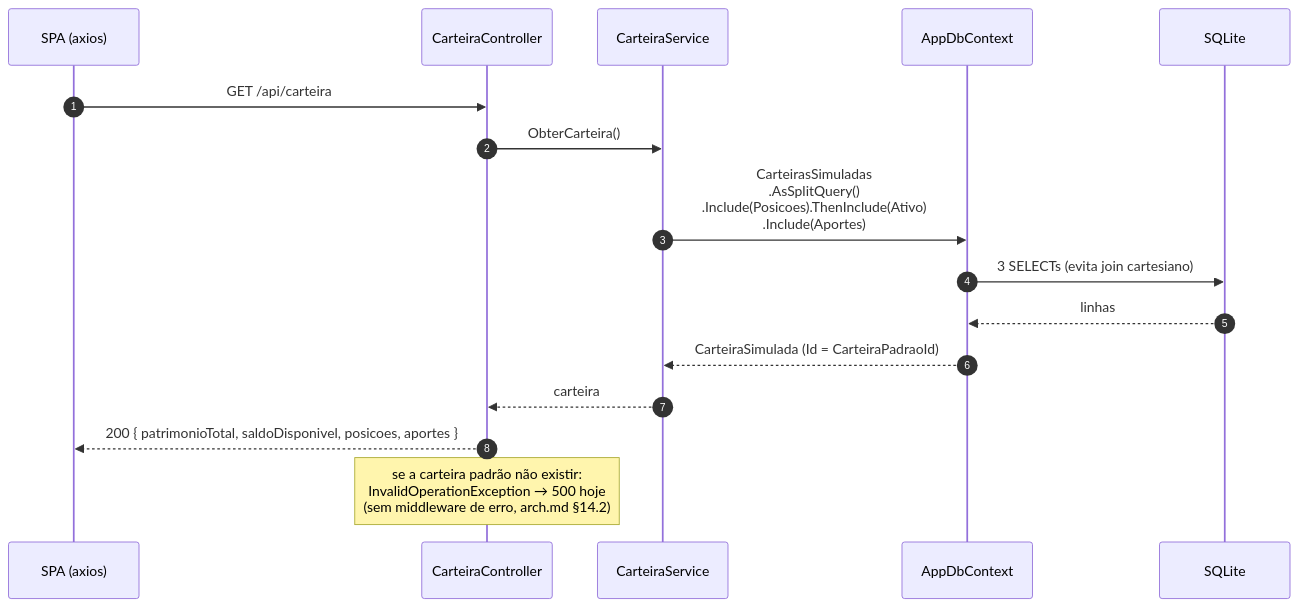
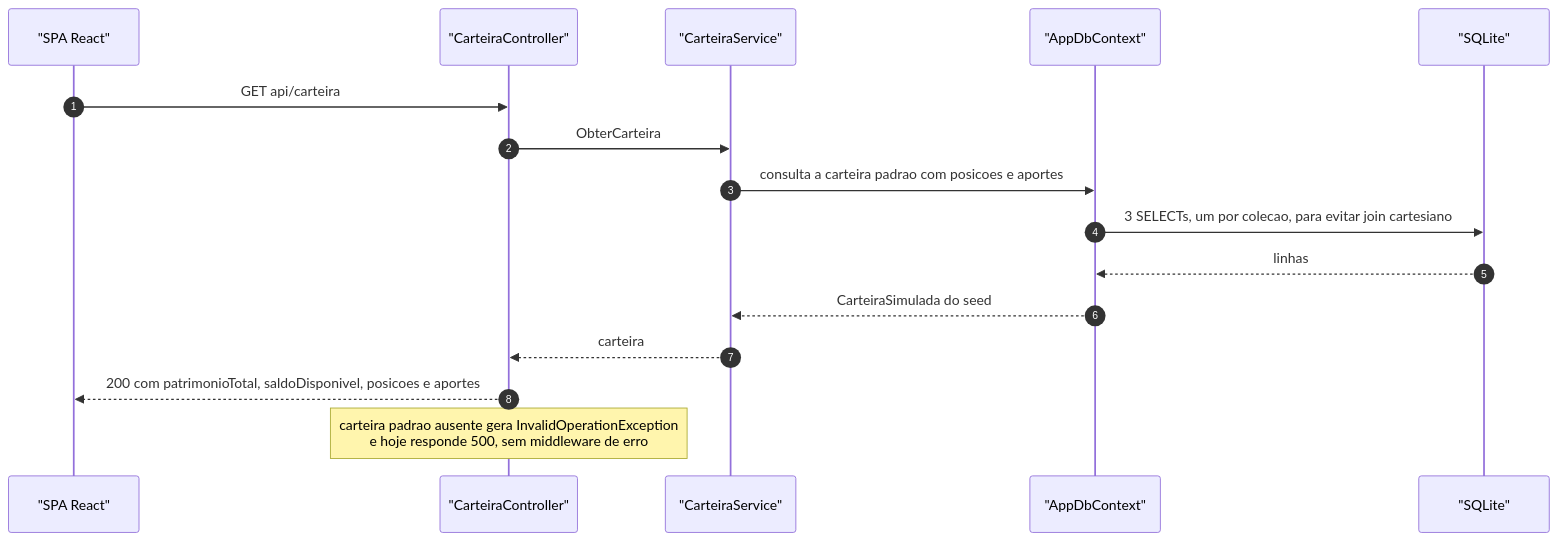
Before and after one commit to Carlos-Florenzano/Portfy: the fourth of 8 diagrams in docs/diagrama.md, drawn with Mermaid. The commit also changed other lines of this file, not shown here.

Commit message:
Ajustes do diagrama.md base

````diff
--- a/docs/diagrama.md
+++ b/docs/diagrama.md
@@ -168,19 +170,19 @@
 ```mermaid
 sequenceDiagram
     autonumber
-    participant SPA as SPA (axios)
-    participant C as CarteiraController
-    participant S as CarteiraService
-    participant DB as AppDbContext
-    participant SQ as SQLite
+    participant SPA as "SPA React"
+    participant C as "CarteiraController"
+    participant S as "CarteiraService"
+    participant DB as "AppDbContext"
+    participant SQ as "SQLite"
 
-    SPA->>C: GET /api/carteira
-    C->>S: ObterCarteira()
-    S->>DB: CarteirasSimuladas<br/>.AsSplitQuery()<br/>.Include(Posicoes).ThenInclude(Ativo)<br/>.Include(Aportes)
-    DB->>SQ: 3 SELECTs (evita join cartesiano)
+    SPA->>C: GET api/carteira
+    C->>S: ObterCarteira
+    S->>DB: consulta a carteira padrao com posicoes e aportes
+    DB->>SQ: 3 SELECTs, um por colecao, para evitar join cartesiano
     SQ-->>DB: linhas
-    DB-->>S: CarteiraSimulada (Id = CarteiraPadraoId)
+    DB-->>S: CarteiraSimulada do seed
     S-->>C: carteira
-    C-->>SPA: 200 { patrimonioTotal, saldoDisponivel, posicoes, aportes }
-    Note over C: se a carteira padrão não existir:<br/>InvalidOperationException → 500 hoje<br/>(sem middleware de erro, arch.md §14.2)
+    C-->>SPA: 200 com patrimonioTotal, saldoDisponivel, posicoes e aportes
+    Note over C: carteira padrao ausente gera InvalidOperationException<br/>e hoje responde 500, sem middleware de erro
 ```
````
